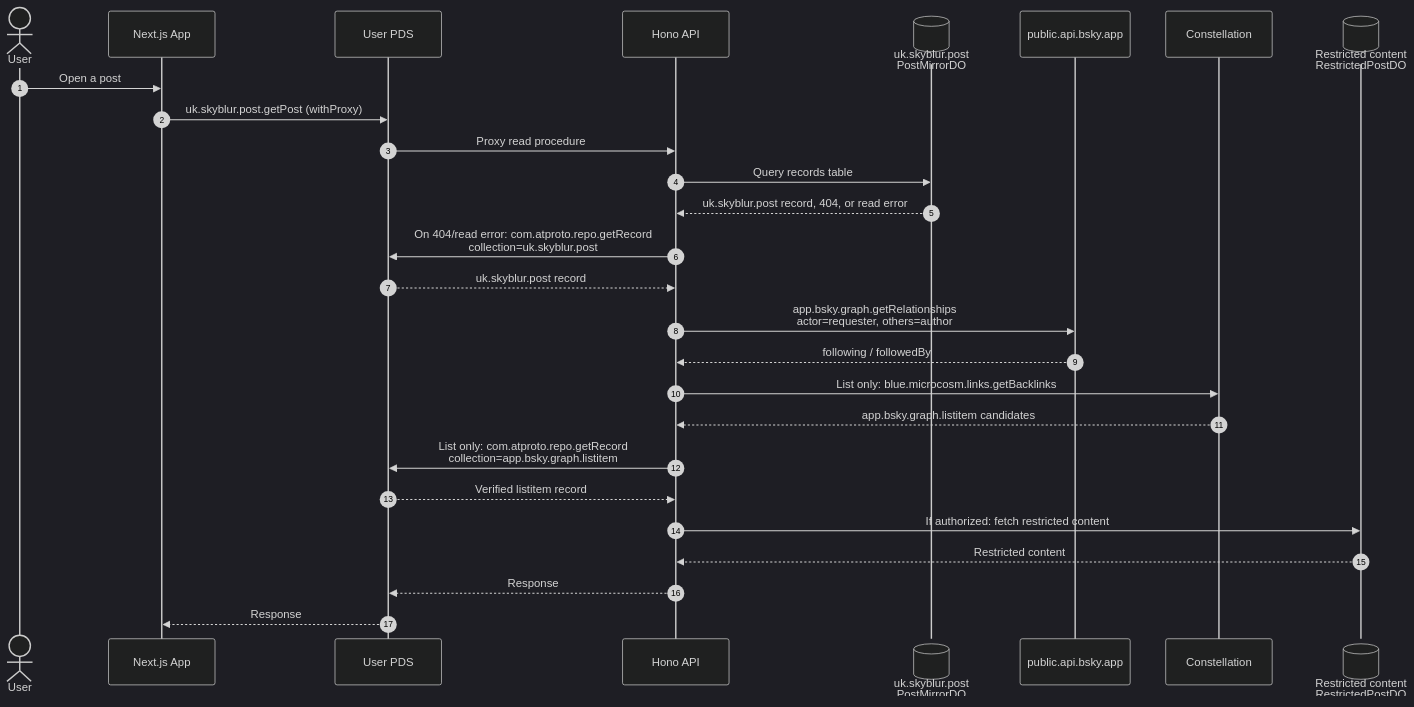
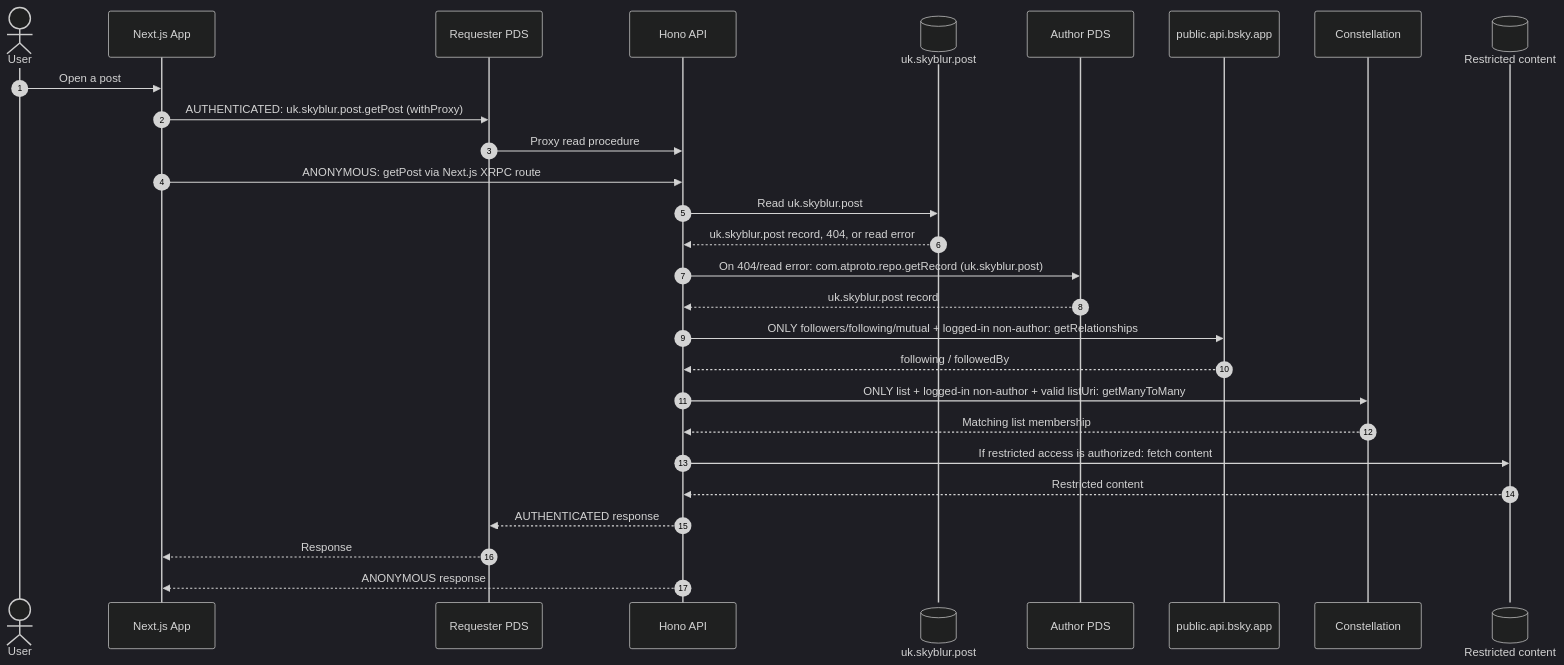
Before and after one commit to usounds/Skyblur: the third of 4 diagrams in README.md, drawn with Mermaid (dark theme). The commit also changed other lines of this file and 2 other files, not shown here.

Commit message:
fix : リスト限定のパフォーマンスが遅い

````diff
--- a/README.md
+++ b/README.md
@@ -65,30 +65,31 @@
 ```mermaid
 sequenceDiagram
     autonumber
     actor User
     participant App as Next.js App
-    participant PDS as User PDS
+    participant RequesterPDS as Requester PDS
     participant API as Hono API
-    participant RecordsDB@{ "type": "database" } as uk.skyblur.post<br/>PostMirrorDO
+    participant RecordsDB@{ "type": "database" } as uk.skyblur.post
+    participant AuthorPDS as Author PDS
     participant PublicAPI as public.api.bsky.app
     participant Constellation as Constellation
-    participant RestrictedDB@{ "type": "database" } as Restricted content<br/>RestrictedPostDO
+    participant RestrictedDB@{ "type": "database" } as Restricted content
 
     User->>App: Open a post
-    App->>PDS: uk.skyblur.post.getPost (withProxy)
-    PDS->>API: Proxy read procedure
-    API->>RecordsDB: Query records table
+    App->>RequesterPDS: AUTHENTICATED: uk.skyblur.post.getPost (withProxy)
+    RequesterPDS->>API: Proxy read procedure
+    App->>API: ANONYMOUS: getPost via Next.js XRPC route
+    API->>RecordsDB: Read uk.skyblur.post
     RecordsDB-->>API: uk.skyblur.post record, 404, or read error
-    API->>PDS: On 404/read error: com.atproto.repo.getRecord<br/>collection=uk.skyblur.post
-    PDS-->>API: uk.skyblur.post record
-    API->>PublicAPI: app.bsky.graph.getRelationships<br/>actor=requester, others=author
+    API->>AuthorPDS: On 404/read error: com.atproto.repo.getRecord (uk.skyblur.post)
+    AuthorPDS-->>API: uk.skyblur.post record
+    API->>PublicAPI: ONLY followers/following/mutual + logged-in non-author: getRelationships
     PublicAPI-->>API: following / followedBy
-    API->>Constellation: List only: blue.microcosm.links.getBacklinks
-    Constellation-->>API: app.bsky.graph.listitem candidates
-    API->>PDS: List only: com.atproto.repo.getRecord<br/>collection=app.bsky.graph.listitem
-    PDS-->>API: Verified listitem record
-    API->>RestrictedDB: If authorized: fetch restricted content
+    API->>Constellation: ONLY list + logged-in non-author + valid listUri: getManyToMany
+    Constellation-->>API: Matching list membership
+    API->>RestrictedDB: If restricted access is authorized: fetch content
     RestrictedDB-->>API: Restricted content
-    API-->>PDS: Response
-    PDS-->>App: Response
+    API-->>RequesterPDS: AUTHENTICATED response
+    RequesterPDS-->>App: Response
+    API-->>App: ANONYMOUS response
 ```
````
